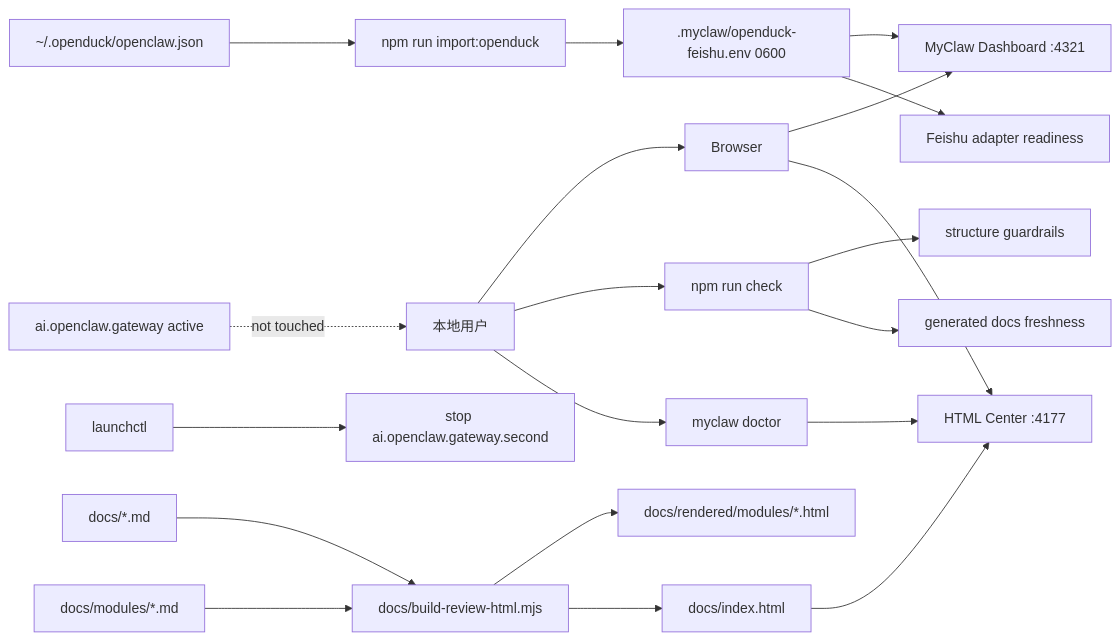
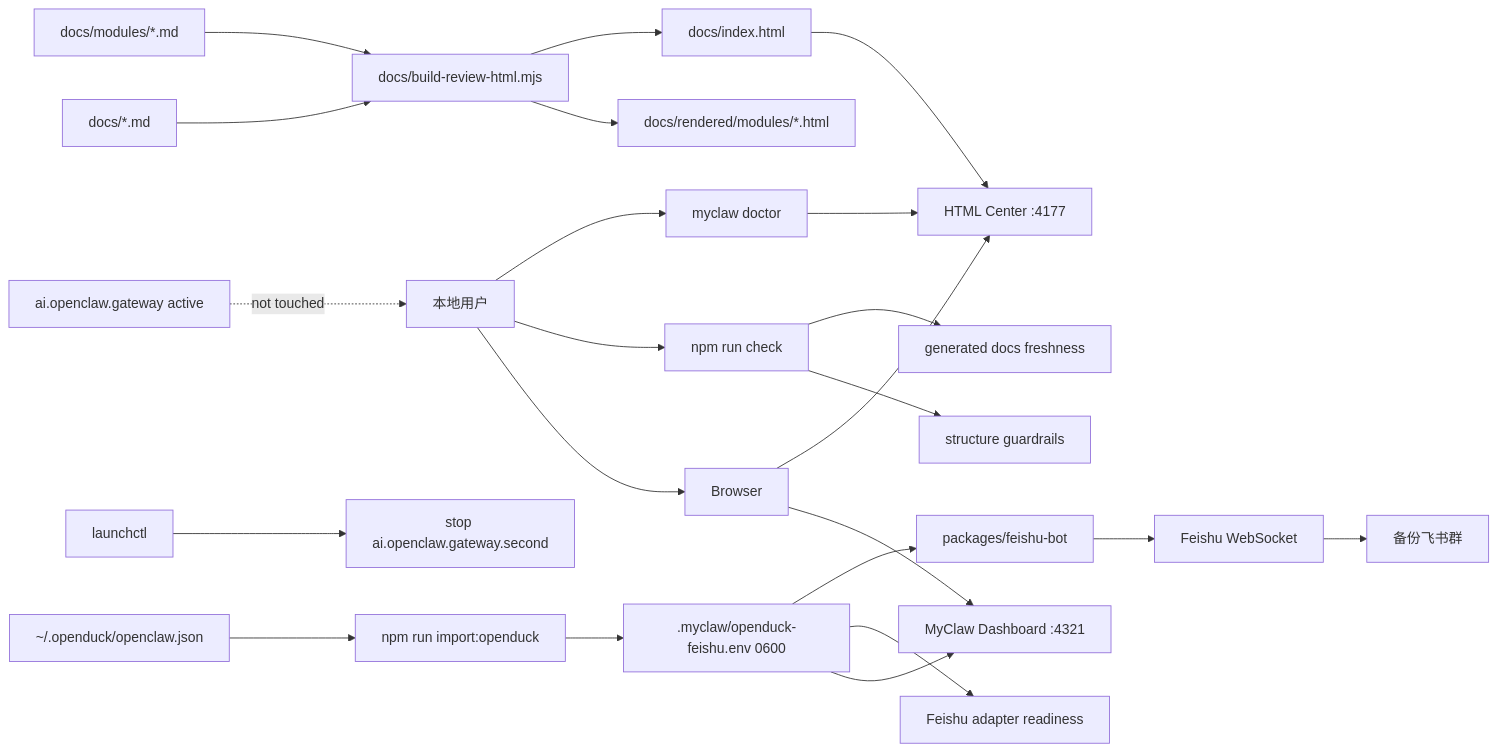
The third of 10 diagrams in docs/implementation-architecture.md (mayf3/myclaw), drawn with Mermaid before and after one commit. The commit also changed other lines of this file and 35 other files, not shown here.

Commit message:
feat: add Feishu websocket bot

````diff
--- a/docs/implementation-architecture.md
+++ b/docs/implementation-architecture.md
@@ -74,22 +75,25 @@
 ```mermaid
 flowchart LR
   User[本地用户] --> Browser[Browser]
   Browser --> Dashboard[MyClaw Dashboard :4321]
   Browser --> HtmlCenter[HTML Center :4177]
   User --> Check[npm run check]
   Check --> Structure[structure guardrails]
   Check --> Generated[generated docs freshness]
   User --> Doctor[myclaw doctor]
   Doctor --> HtmlCenter
   Openduck[~/.openduck/openclaw.json] --> Import[npm run import:openduck]
   Import --> LocalEnv[.myclaw/openduck-feishu.env 0600]
   LocalEnv --> Dashboard
   LocalEnv --> FeishuAdapter[Feishu adapter readiness]
+  LocalEnv --> FeishuBot[packages/feishu-bot]
+  FeishuBot --> FeishuWs[Feishu WebSocket]
+  FeishuWs --> FeishuGroup[备份飞书群]
   Launchctl[launchctl] --> StopSecond[stop ai.openclaw.gateway.second]
   ActiveOpenClaw[ai.openclaw.gateway active] -.not touched.-> User
   Docs[docs/*.md] --> Builder[docs/build-review-html.mjs]
   Modules[docs/modules/*.md] --> Builder
   Builder --> Rendered[docs/rendered/modules/*.html]
   Builder --> Index[docs/index.html]
   Index --> HtmlCenter
 ```
````
